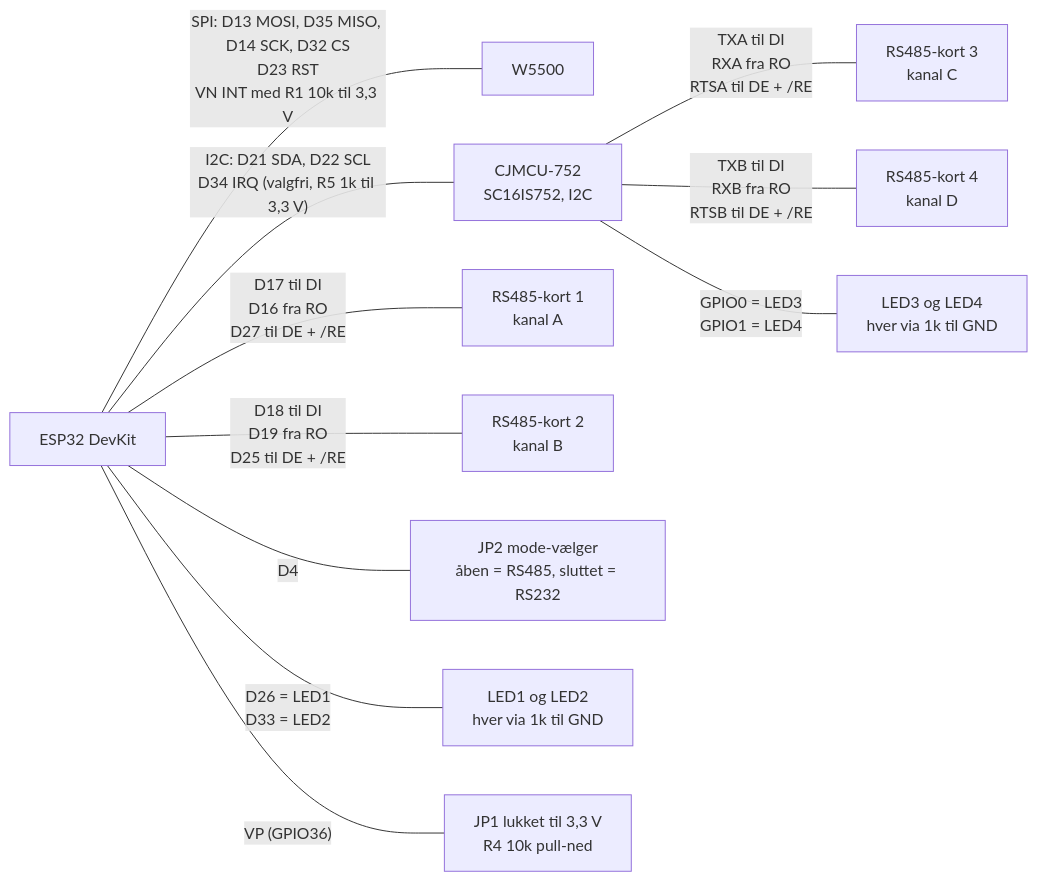
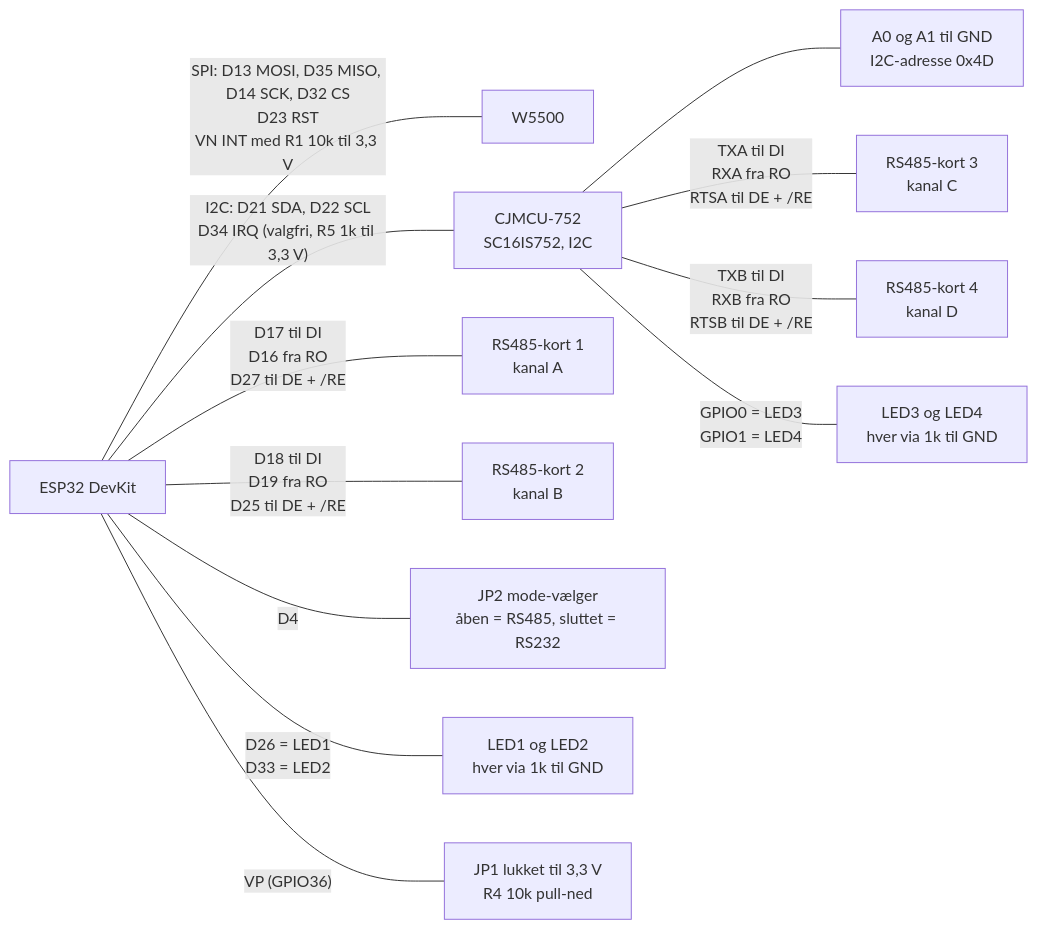
The second of 2 diagrams in docs/ESP32_W5500_UART_RS485_KOBLING.md (Jangreenlarsen/HypervisionPLC-Extension-board), drawn with Mermaid before and after one commit. The commit also changed other lines of this file and 2 other files, not shown here.

First line of the commit message:
docs: A0 og A1 paa CJMCU-752 bundet til GND (I2C-adresse 0x4D) i diagram og pin-liste

````diff
--- a/docs/ESP32_W5500_UART_RS485_KOBLING.md
+++ b/docs/ESP32_W5500_UART_RS485_KOBLING.md
@@ -40,25 +40,27 @@
 ```mermaid
 flowchart LR
     ESP["ESP32 DevKit"]
     ETH["W5500"]
     CJ["CJMCU-752<br/>SC16IS752, I2C"]
     RS1["RS485-kort 1<br/>kanal A"]
     RS2["RS485-kort 2<br/>kanal B"]
     RS3["RS485-kort 3<br/>kanal C"]
     RS4["RS485-kort 4<br/>kanal D"]
     JP2["JP2 mode-vælger<br/>åben = RS485, sluttet = RS232"]
     LED["LED1 og LED2<br/>hver via 1k til GND"]
     LEDCD["LED3 og LED4<br/>hver via 1k til GND"]
     EXP["JP1 lukket til 3,3 V<br/>R4 10k pull-ned"]
+    ADR["A0 og A1 til GND<br/>I2C-adresse 0x4D"]
 
     ESP ---|"D17 til DI<br/>D16 fra RO<br/>D27 til DE + /RE"| RS1
     ESP ---|"D18 til DI<br/>D19 fra RO<br/>D25 til DE + /RE"| RS2
     ESP ---|"SPI: D13 MOSI, D35 MISO, D14 SCK, D32 CS<br/>D23 RST<br/>VN INT med R1 10k til 3,3 V"| ETH
     ESP ---|"I2C: D21 SDA, D22 SCL<br/>D34 IRQ (valgfri, R5 1k til 3,3 V)"| CJ
+    CJ --- ADR
     CJ ---|"TXA til DI<br/>RXA fra RO<br/>RTSA til DE + /RE"| RS3
     CJ ---|"TXB til DI<br/>RXB fra RO<br/>RTSB til DE + /RE"| RS4
     CJ ---|"GPIO0 = LED3<br/>GPIO1 = LED4"| LEDCD
     ESP ---|"D4"| JP2
     ESP ---|"D26 = LED1<br/>D33 = LED2"| LED
     ESP ---|"VP (GPIO36)"| EXP
 ```
````
